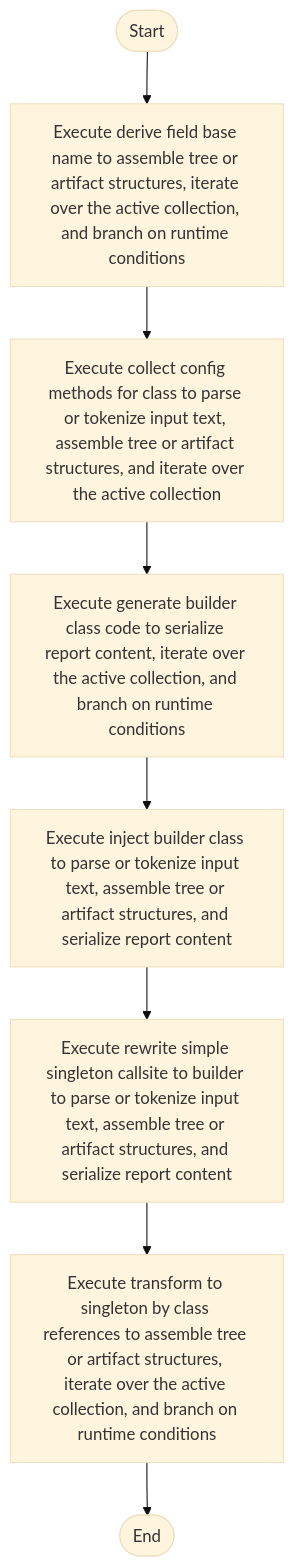
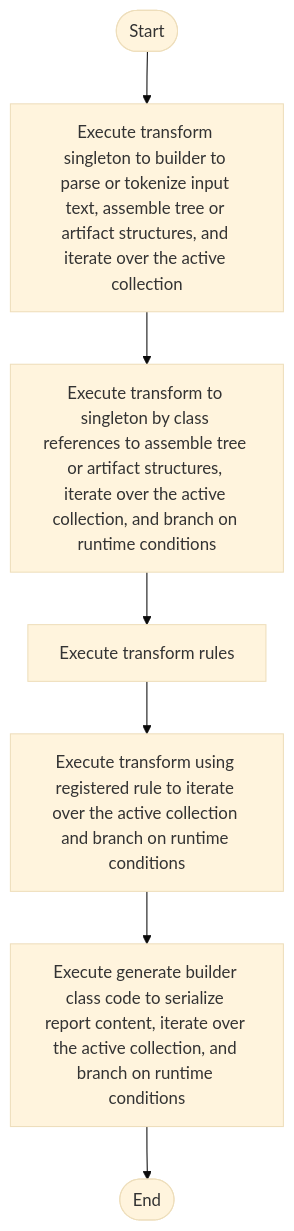
Before and after one commit to JohnAndrewBalbarosa/NeoTerritory: the diagram in docs/Codebase/Microservice/Modules/Source/Creational/Transform/creational_transform_rules.cpp.md, drawn with Mermaid (base theme). The commit also changed 148 other files, not shown here.

````diff
--- a/docs/Codebase/Microservice/Modules/Source/Creational/Transform/creational_transform_rules.cpp.md
+++ b/docs/Codebase/Microservice/Modules/Source/Creational/Transform/creational_transform_rules.cpp.md
@@ -40,18 +40,16 @@
 ```mermaid
 flowchart TD
     Start([Start])
-    N0[Execute derive field base name to assemble tree or artifact structures, iterate over the active collection, and branch on runtime conditions]
-    N1[Execute collect config methods for class to parse or tokenize input text, assemble tree or artifact structures, and iterate over the active collection]
-    N2[Execute generate builder class code to serialize report content, iterate over the active collection, and branch on runtime conditions]
-    N3[Execute inject builder class to parse or tokenize input text, assemble tree or artifact structures, and serialize report content]
-    N4[Execute rewrite simple singleton callsite to builder to parse or tokenize input text, assemble tree or artifact structures, and serialize report content]
-    N5[Execute transform to singleton by class references to assemble tree or artifact structures, iterate over the active collection, and branch on runtime conditions]
+    N0[Execute transform singleton to builder to parse or tokenize input text, assemble tree or artifact structures, and iterate over the active collection]
+    N1[Execute transform to singleton by class references to assemble tree or artifact structures, iterate over the active collection, and branch on runtime conditions]
+    N2[Execute transform rules]
+    N3[Execute transform using registered rule to iterate over the active collection and branch on runtime conditions]
+    N4[Execute generate builder class code to serialize report content, iterate over the active collection, and branch on runtime conditions]
     End([End])
     Start --> N0
     N0 --> N1
     N1 --> N2
     N2 --> N3
     N3 --> N4
-    N4 --> N5
-    N5 --> End
+    N4 --> End
 ```
````
